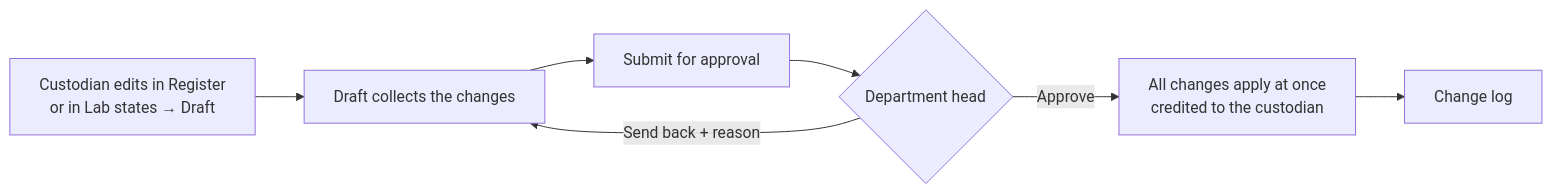
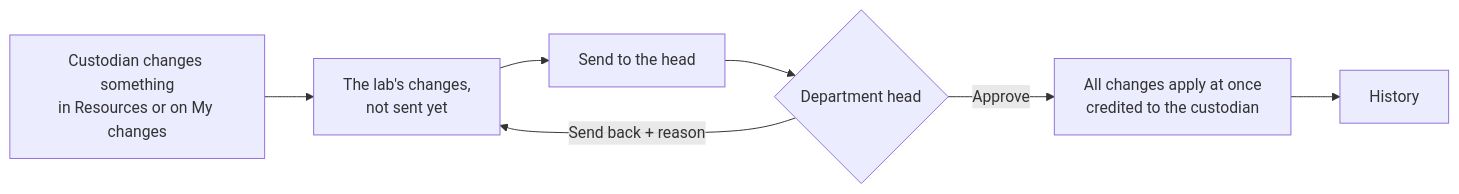
The first of 5 diagrams in docs/user-guide/appendix.md (diagomike/lab_resource_v2), drawn with Mermaid before and after one commit. The commit also changed other lines of this file and 351 other files, not shown here.

````diff
--- a/docs/user-guide/appendix.md
+++ b/docs/user-guide/appendix.md
@@ -26,9 +27,9 @@
 ```mermaid
 flowchart LR
-  A[Custodian edits in Register<br/>or in Lab states → Draft] --> B[Draft collects the changes]
-  B --> C[Submit for approval]
+  A[Custodian changes something<br/>in Resources or on My changes] --> B[The lab's changes,<br/>not sent yet]
+  B --> C[Send to the head]
   C --> D{Department head}
   D -- Send back + reason --> B
   D -- Approve --> E[All changes apply at once<br/>credited to the custodian]
-  E --> F[Change log]
+  E --> F[History]
 ```
````
